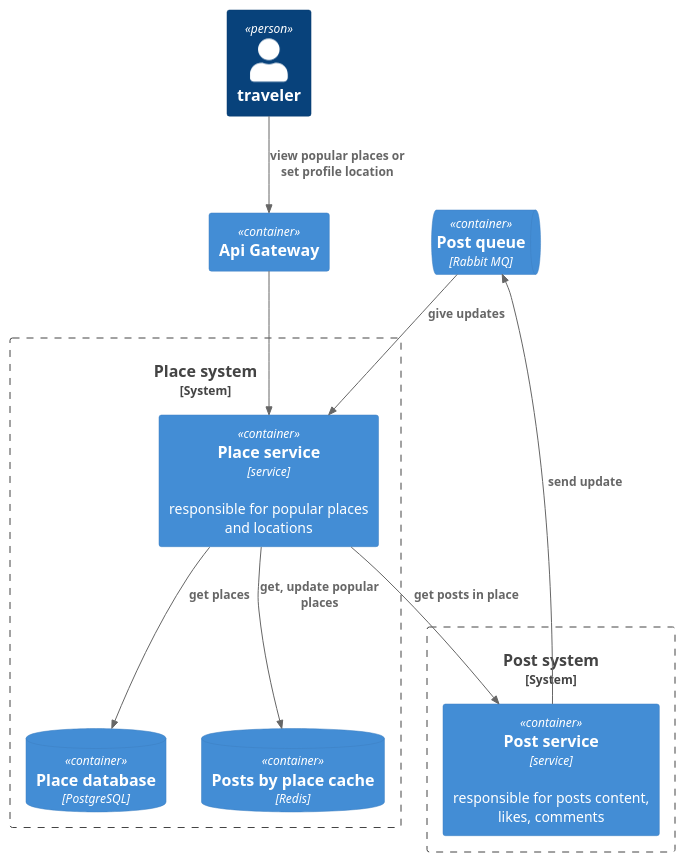
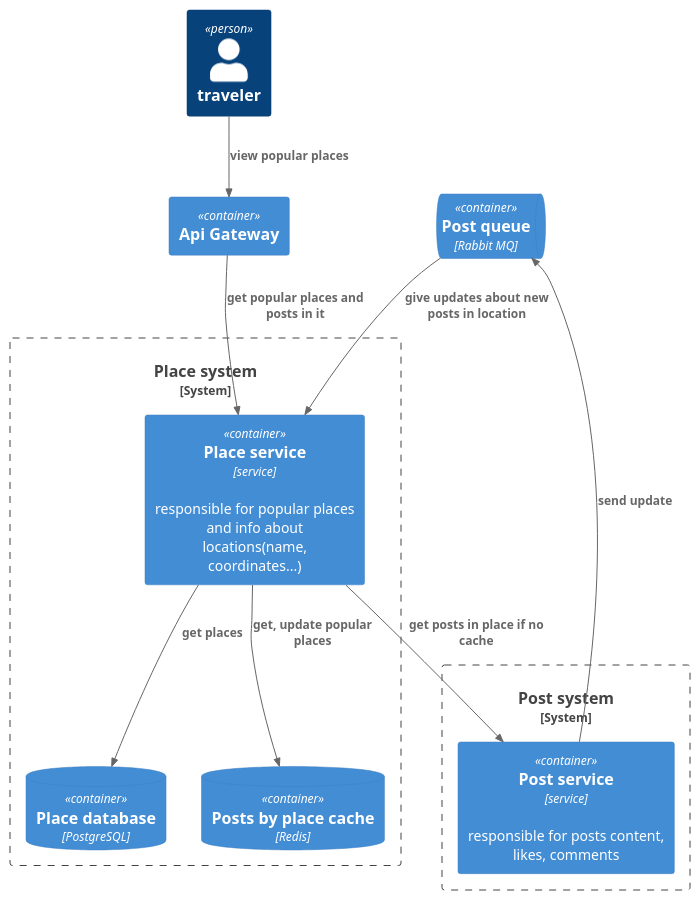
The diagram in architecture/place_system/place.puml (danythere/social_network_system_design), drawn with PlantUML before and after one commit. The commit also changed 6 other files, not shown here.

```diff
--- a/architecture/place_system/place.puml
+++ b/architecture/place_system/place.puml
@@ -1,31 +1,29 @@
 @startuml
 !include https://raw.githubusercontent.com/plantuml-stdlib/C4-PlantUML/master/C4_Container.puml
 Person(traveler, "traveler")
 
-
-
 System_Boundary(placeSystem, "Place system") {
-   Container(placeService, "Place service", "service", "responsible for popular places and locations")
+   Container(placeService, "Place service", "service", "responsible for popular places and info about locations(name, coordinates...)")
    ContainerDb(placeDb, "Place database", "PostgreSQL")
    ContainerDb(placeCache, "Posts by place cache", "Redis")
 }
 
 System_Boundary(postSystem, "Post system") {
   Container(postService, "Post service", "service", "responsible for posts content, likes, comments")
 }
 
 ContainerQueue(postQueue, "Post queue", "Rabbit MQ")
 
 Container(apiGateway, "Api Gateway")
 
-Rel(traveler, apiGateway, "view popular places or set profile location")
+Rel(traveler, apiGateway, "view popular places")
 
-Rel(apiGateway, placeService, "")
+Rel(apiGateway, placeService, "get popular places and posts in it")
 
-Rel(postQueue, placeService, "give updates")
+Rel(postQueue, placeService, "give updates about new posts in location")
 
 Rel(postService, postQueue, "send update")
 Rel(placeService, placeDb, "get places")
 Rel(placeService, placeCache, "get, update popular places")
-Rel(placeService, postService, "get posts in place")
+Rel(placeService, postService, "get posts in place if no cache")
 @enduml
```
